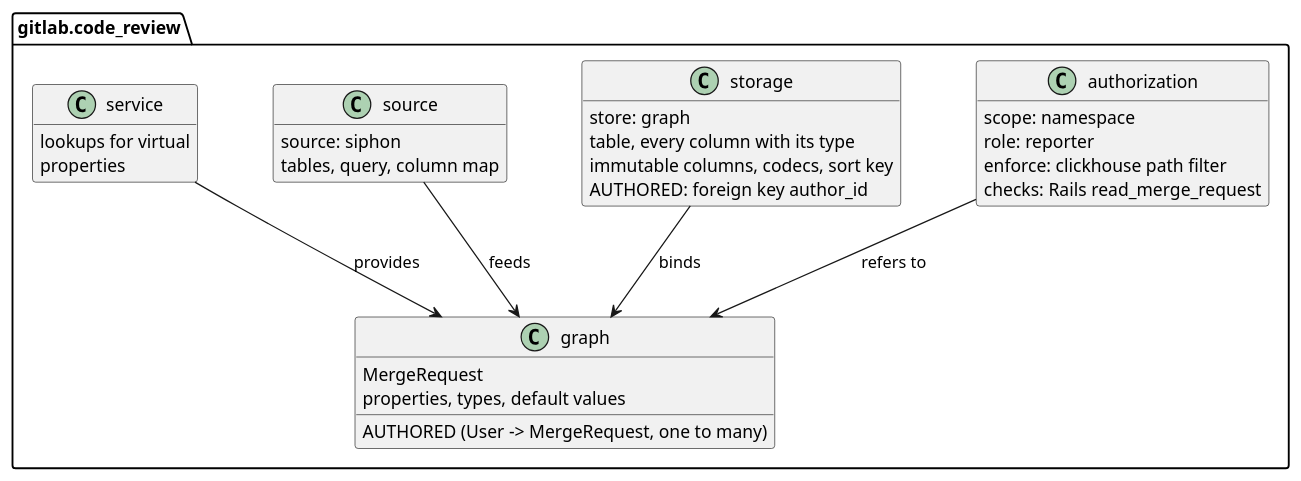
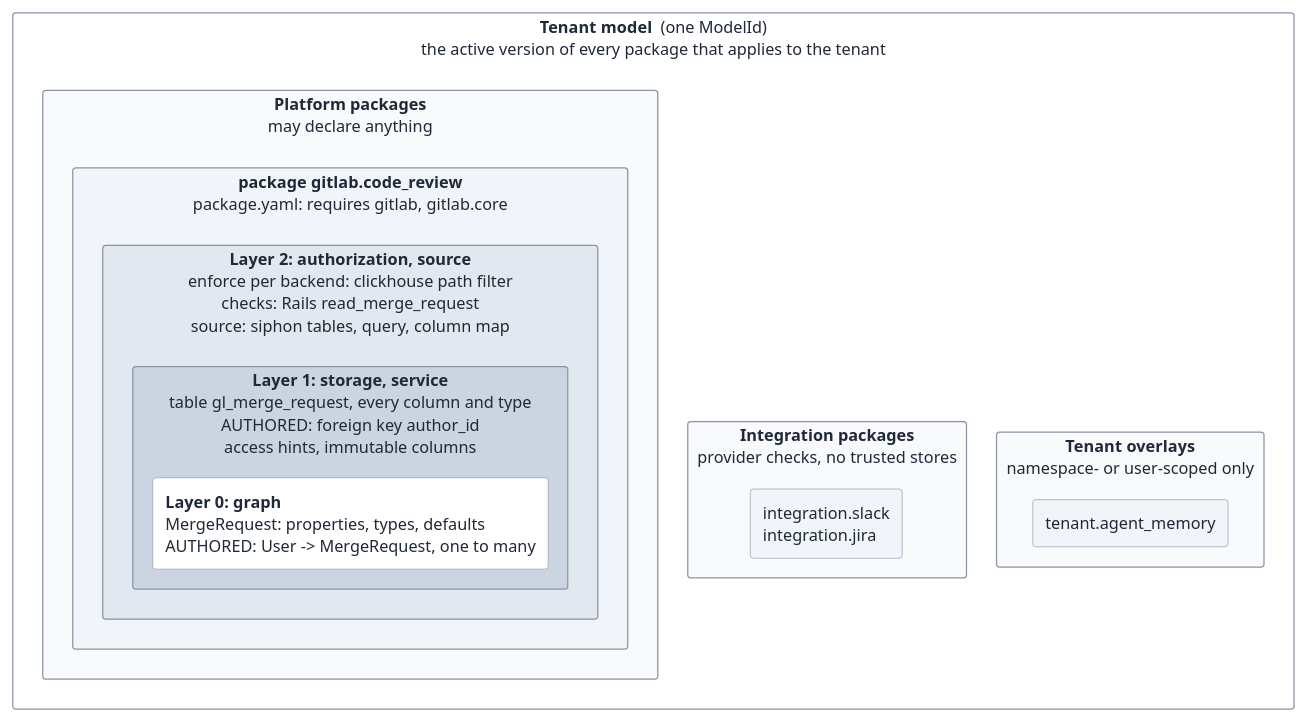
The second of 8 diagrams in docs/pages/engineering/adr/024_pluggable_data_model.md (gitlabhq/orbit-knowledge-graph), drawn with PlantUML before and after one commit. The commit also changed other lines of this file, not shown here.

Commit message:
docs(adr): show package layers as nested rings and declare package dependencies

````diff
--- a/docs/pages/engineering/adr/024_pluggable_data_model.md
+++ b/docs/pages/engineering/adr/024_pluggable_data_model.md
@@ -165,43 +171,27 @@
 ```plantuml
 @startuml
-set separator none
 skinparam shadowing false
-skinparam nodesep 60
-skinparam ranksep 70
-skinparam classAttributeIconSize 0
-hide empty members
+skinparam defaultFontSize 13
+skinparam rectangleBorderColor #8A94A6
+skinparam rectangleFontColor #1F2937
+skinparam rectangleFontStyle plain
 
-package "gitlab.code_review" {
-  class "graph" as G {
-    MergeRequest
-    properties, types, default values
-    AUTHORED (User -> MergeRequest, one to many)
+rectangle "<b>Tenant model</b>  (one ModelId)\nthe active version of every package that applies to the tenant" as M #FFFFFF {
+  rectangle "<b>Tenant overlays</b>\nnamespace- or user-scoped only" as T3 #F8FAFC {
+    rectangle "tenant.agent_memory" as O #F1F5F9
   }
-  class "authorization" as A {
-    scope: namespace
-    role: reporter
-    enforce: clickhouse path filter
-    checks: Rails read_merge_request
+  rectangle "<b>Integration packages</b>\nprovider checks, no trusted stores" as T2 #F8FAFC {
+    rectangle "integration.slack\nintegration.jira" as I #F1F5F9
   }
-  class "storage" as ST {
-    store: graph
-    table, every column with its type
-    immutable columns, codecs, sort key
-    AUTHORED: foreign key author_id
-  }
-  class "source" as SO {
-    source: siphon
-    tables, query, column map
-  }
-  class "service" as SV {
-    lookups for virtual
-    properties
+  rectangle "<b>Platform packages</b>\nmay declare anything" as T1 #F8FAFC {
+    rectangle "<b>package gitlab.code_review</b>\npackage.yaml: requires gitlab, gitlab.core" as P #F1F5F9 {
+      rectangle "<b>Layer 2: authorization, source</b>\nenforce per backend: clickhouse path filter\nchecks: Rails read_merge_request\nsource: siphon tables, query, column map" as L2 #E2E8F0 {
+        rectangle "<b>Layer 1: storage, service</b>\ntable gl_merge_request, every column and type\nAUTHORED: foreign key author_id\naccess hints, immutable columns" as L1 #CBD5E1 {
+          rectangle "<b>Layer 0: graph</b>\nMergeRequest: properties, types, defaults\nAUTHORED: User -> MergeRequest, one to many" as L0 #FFFFFF
+        }
+      }
+    }
   }
 }
-
-A --> G : refers to
-ST --> G : binds
-SO --> G : feeds
-SV --> G : provides
 @enduml
 ```
````
